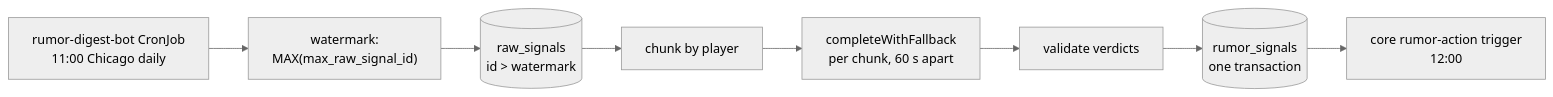
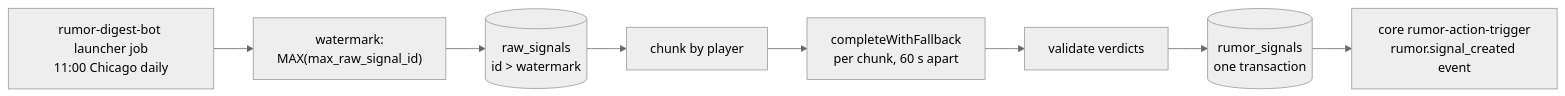
One commit to cvillarr23/fantasy-browser-worker changed the diagram in docs/bots/rumor-digest.md. Above: the diagram before and after it, drawn with Mermaid (neutral theme). The commit also changed other lines of this file and 4 other files, not shown here.

First line of the commit message:
Describe the bot schedules as launcher jobs, not CronJobs (#249)

````diff
--- a/docs/bots/rumor-digest.md
+++ b/docs/bots/rumor-digest.md
@@ -9,10 +9,10 @@
 ```mermaid
 flowchart LR
-    cron["rumor-digest-bot CronJob\n11:00 Chicago daily"] --> wm["watermark:\nMAX(max_raw_signal_id)"]
+    cron["rumor-digest-bot launcher job\n11:00 Chicago daily"] --> wm["watermark:\nMAX(max_raw_signal_id)"]
     wm --> raw[("raw_signals\nid > watermark")]
     raw --> chunk["chunk by player"]
     chunk --> llm["completeWithFallback\nper chunk, 60 s apart"]
     llm --> parse["validate verdicts"]
     parse --> out[("rumor_signals\none transaction")]
-    out --> trig["core rumor-action trigger\n12:00"]
+    out --> trig["core rumor-action-trigger\nrumor.signal_created event"]
 ```
````
